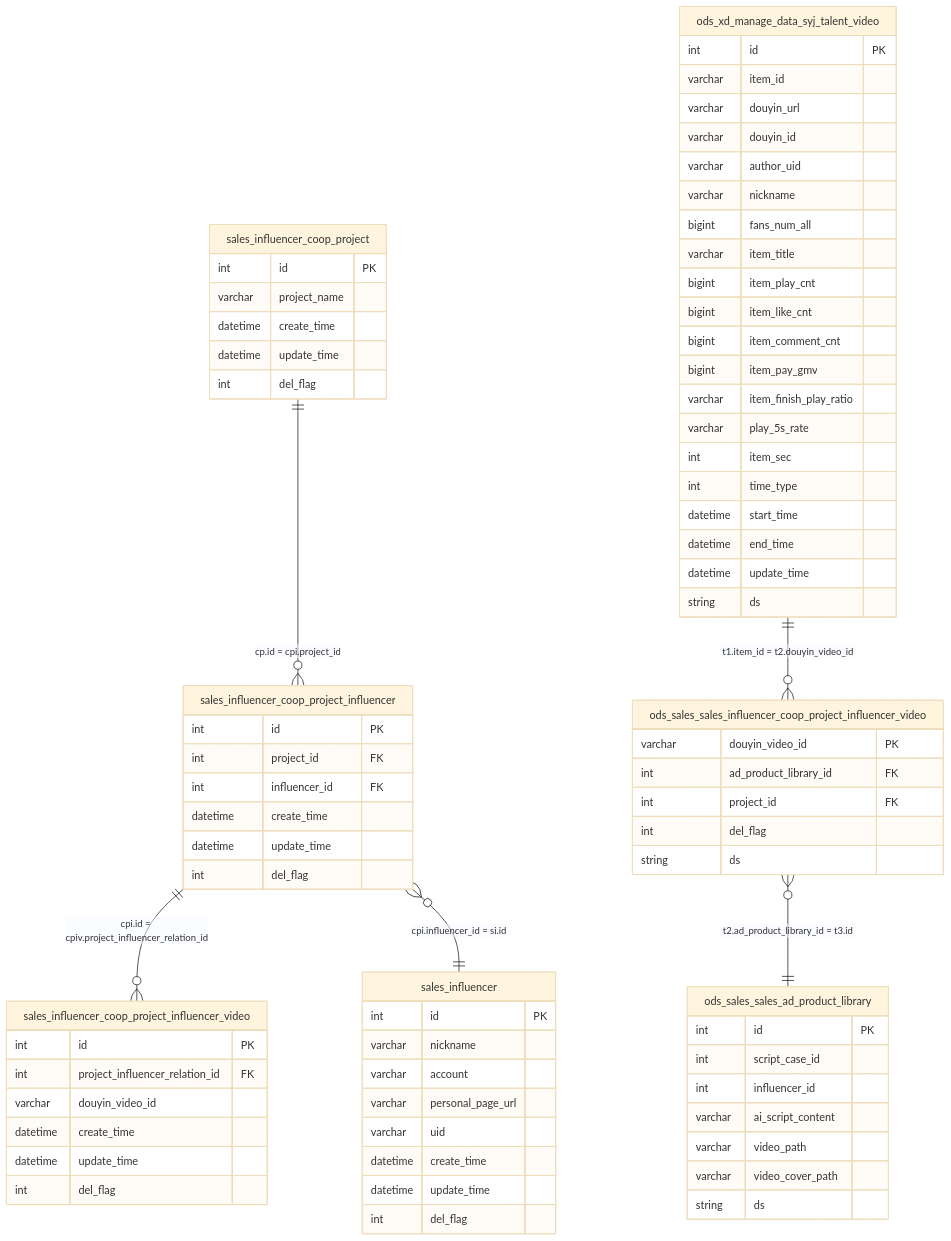
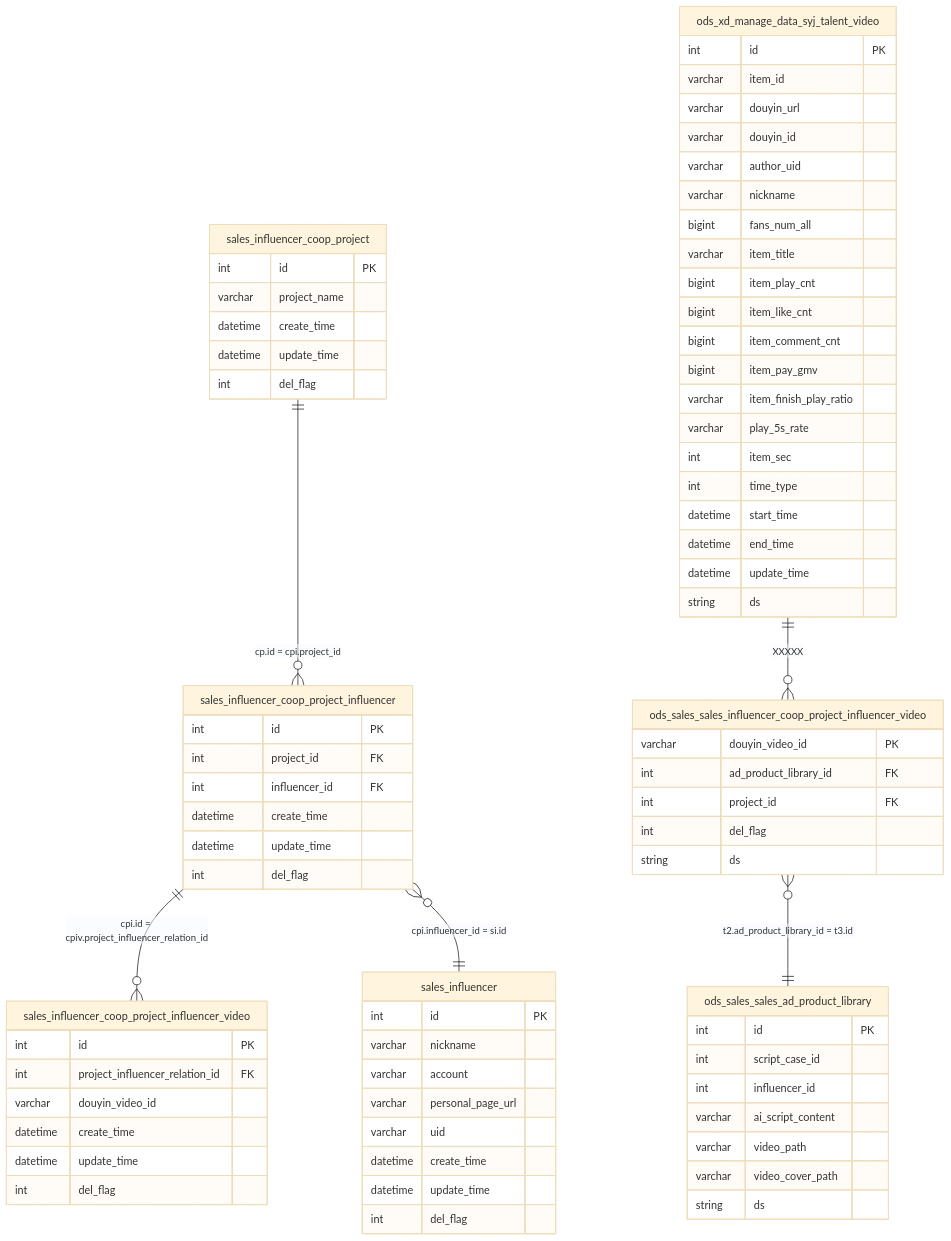
The first of 2 diagrams in SQL笔记/07-日常工作总结/达人项目合作ER图完整版.md (shenjiangshuai3-creator/obsidian-vault), drawn with Mermaid (base theme) before and after one commit. The commit also changed other lines of this file and 4 other files, not shown here.

```diff
--- a/SQL笔记/07-日常工作总结/达人项目合作ER图完整版.md
+++ b/SQL笔记/07-日常工作总结/达人项目合作ER图完整版.md
@@ -41,7 +41,7 @@
     sales_influencer_coop_project_influencer }o--|| sales_influencer : "cpi.influencer_id = si.id"
 
     %% ========== ODS 层 ==========
-    ods_xd_manage_data_syj_talent_video ||--o{ ods_sales_sales_influencer_coop_project_influencer_video : "t1.item_id = t2.douyin_video_id"
+    ods_xd_manage_data_syj_talent_video ||--o{ ods_sales_sales_influencer_coop_project_influencer_video : "XXXXX"
     ods_sales_sales_influencer_coop_project_influencer_video }o--|| ods_sales_sales_ad_product_library : "t2.ad_product_library_id = t3.id"
 
     %% ========== 表定义 ==========
```
